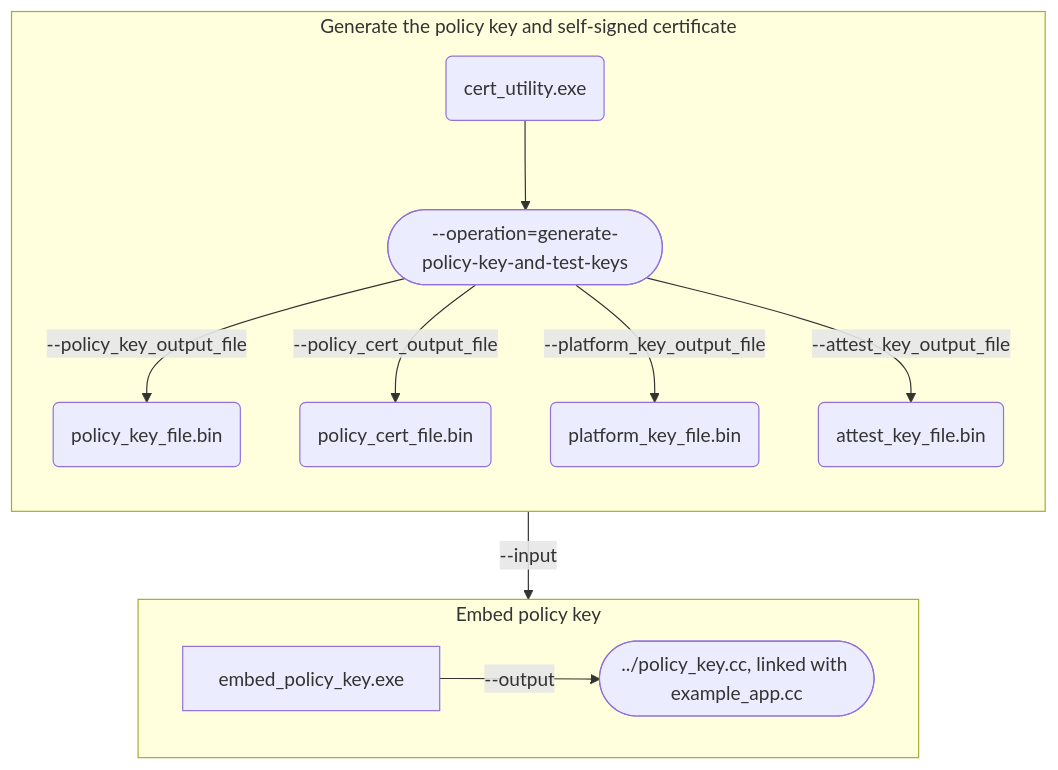
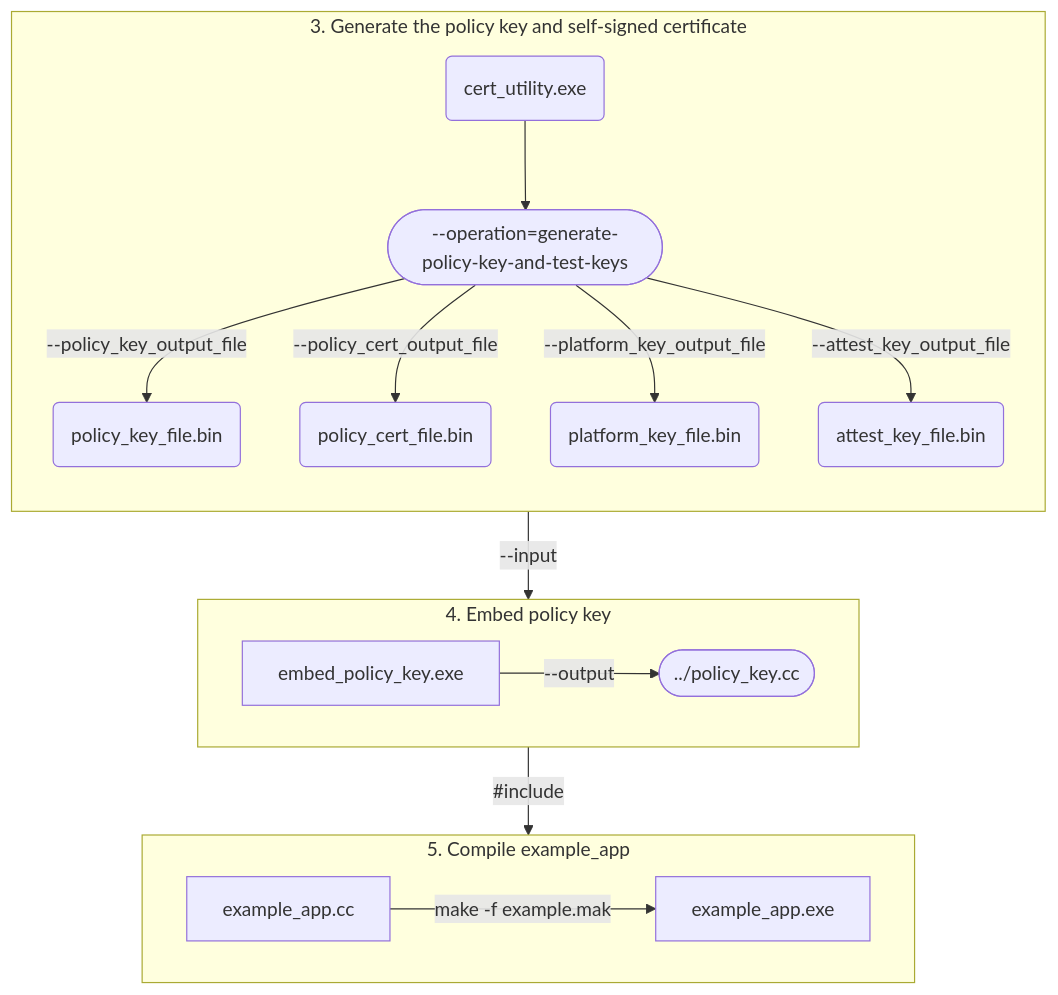
One commit to georgievaVMW/certifier-framework-for-confidential-computing changed the third of 3 diagrams in sample_apps/simple_app/instructions.md. Above: the diagram before and after it, drawn with Mermaid. The commit also changed other lines of this file, not shown here.

Commit message:
Working syntax till 5. Compile example_app

````diff
--- a/sample_apps/simple_app/instructions.md
+++ b/sample_apps/simple_app/instructions.md
@@ -78,18 +94,21 @@
 ```mermaid
-flowchart
-  subgraph Generate the policy key and self-signed certificate
-  direction TB
-    id12(cert_utility.exe) --> id31(["--operation=generate-policy-key-and-test-keys"])
-    id31 -- "--policy_key_output_file" --> id32(policy_key_file.bin)
-    id31 -- "--policy_cert_output_file" --> id33(policy_cert_file.bin)
-    id31 -- "--platform_key_output_file" --> id34(platform_key_file.bin)
-    id31 -- "--attest_key_output_file" --> id35(attest_key_file.bin)
-  end
-
-  subgraph Embed policy key
-  direction LR
-    id33(policy_cert_file.bin) -- "--input" --> embed_policy_key.exe
-    embed_policy_key.exe -- "--output" --> id41([../policy_key.cc, linked with example_app.cc])
-  end
-
+ flowchart TB
+    subgraph sg3 [3. Generate the policy key and self-signed certificate]
+      direction TB
+      id12(cert_utility.exe) --> id31(["--operation=generate-policy-key-and-test-keys"])
+      id31 -- "--policy_key_output_file" --> id32(policy_key_file.bin)
+      id31 -- "--policy_cert_output_file" --> id33(policy_cert_file.bin)
+      id31 -- "--platform_key_output_file" --> id34(platform_key_file.bin)
+      id31 -- "--attest_key_output_file" --> id35(attest_key_file.bin)
+    end
+      subgraph sg4 [4. Embed policy key]
+        direction LR
+        id33(policy_cert_file.bin) -- "--input" --> embed_policy_key.exe
+        embed_policy_key.exe -- "--output" --> id41([../policy_key.cc, linked with example_app.cc])
+      end
+      subgraph sg5 [5. Compile example_app]
+        direction LR
+        id41([../policy_key.cc]) -- "#include" --> example_app.cc
+        example_app.cc -- "make -f example.mak" --> example_app.exe
+      end
 ```
````
